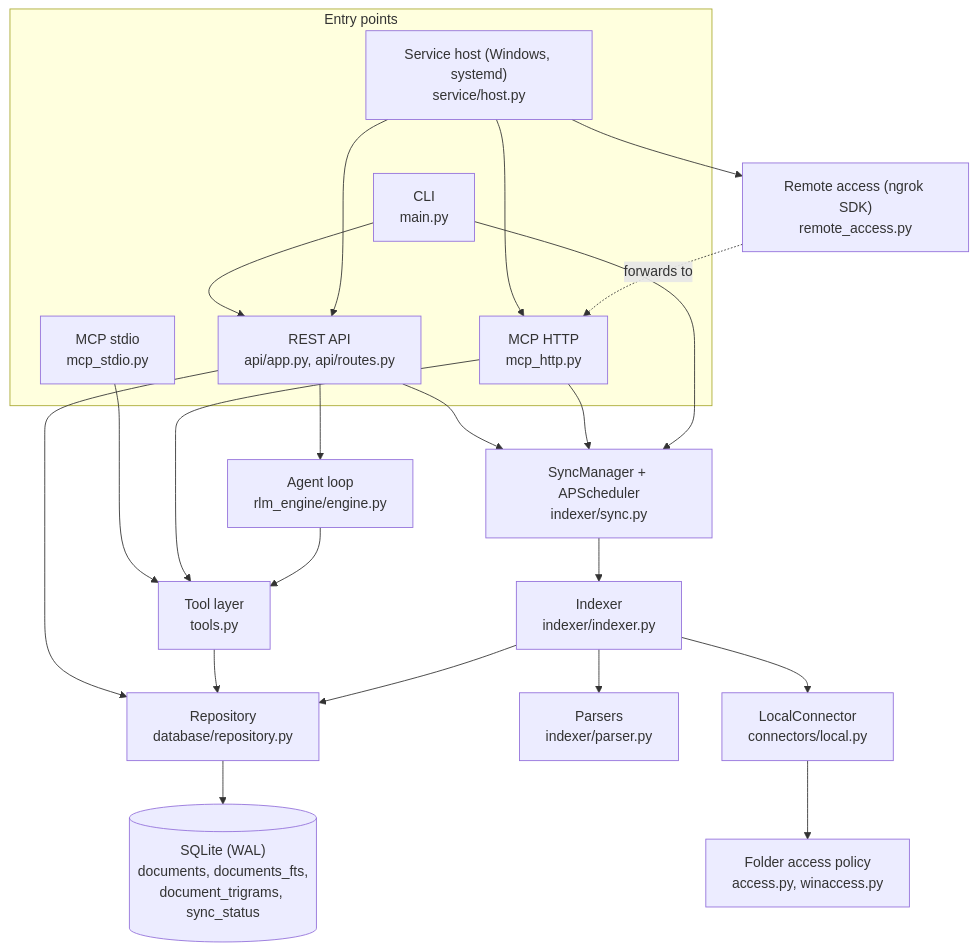
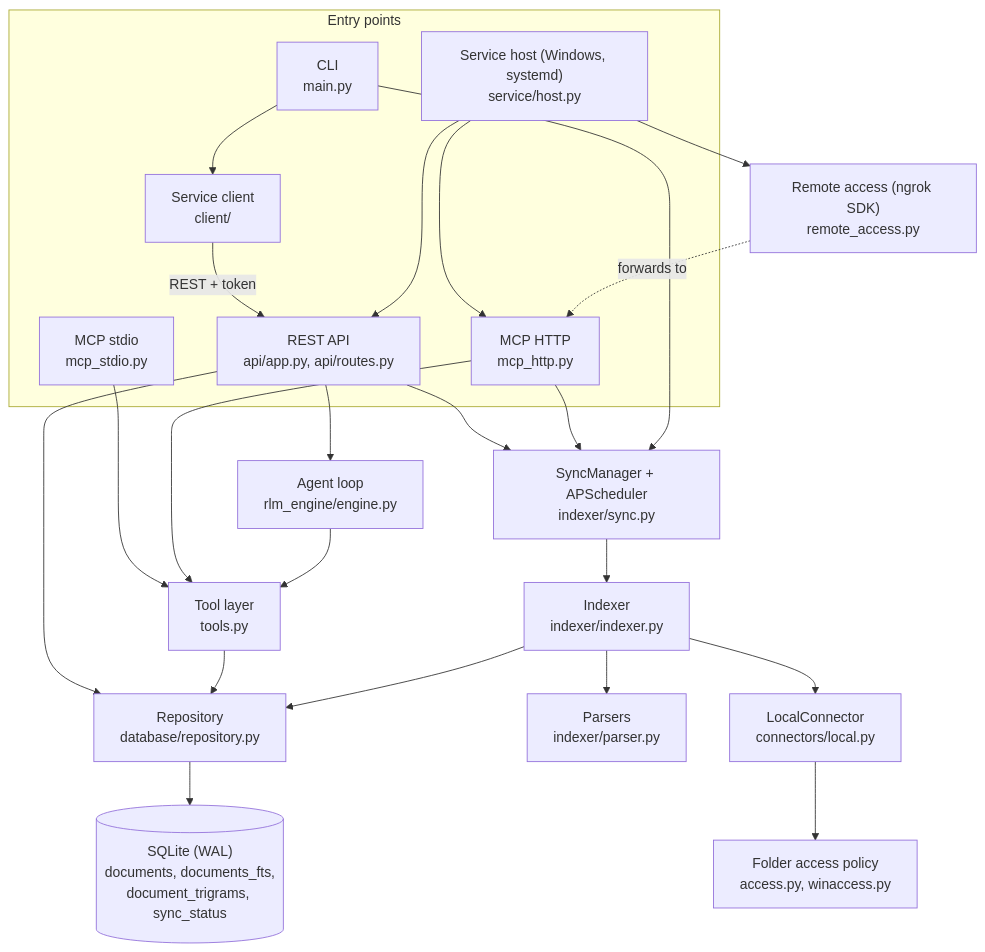
The first of 2 diagrams in ARCHITECTURE.md (cgaeking/rootmind), drawn with Mermaid before and after one commit. The commit also changed other lines of this file and 15 other files, not shown here.

````diff
--- a/ARCHITECTURE.md
+++ b/ARCHITECTURE.md
@@ -30,41 +30,43 @@
 ```mermaid
 flowchart TB
     subgraph surfaces["Entry points"]
         rest["REST API<br/>api/app.py, api/routes.py"]
         stdio["MCP stdio<br/>mcp_stdio.py"]
         http["MCP HTTP<br/>mcp_http.py"]
         cli["CLI<br/>main.py"]
+        client["Service client<br/>client/"]
         host["Service host (Windows, systemd)<br/>service/host.py"]
     end
     engine["Agent loop<br/>rlm_engine/engine.py"]
     tools["Tool layer<br/>tools.py"]
     repo["Repository<br/>database/repository.py"]
     db[("SQLite (WAL)<br/>documents, documents_fts,<br/>document_trigrams, sync_status")]
     sync["SyncManager + APScheduler<br/>indexer/sync.py"]
     indexer["Indexer<br/>indexer/indexer.py"]
     parsers["Parsers<br/>indexer/parser.py"]
     conn["LocalConnector<br/>connectors/local.py"]
     policy["Folder access policy<br/>access.py, winaccess.py"]
     remote["Remote access (ngrok SDK)<br/>remote_access.py"]
 
-    cli --> rest
+    cli --> client
+    client -->|"REST + token"| rest
     host --> rest
     host --> http
     host --> remote
     remote -.->|"forwards to"| http
     rest --> engine
     rest --> repo
     rest --> sync
     stdio --> tools
     http --> tools
     http --> sync
     cli --> sync
     engine --> tools
     tools --> repo
     repo --> db
     sync --> indexer
     indexer --> conn
     conn --> policy
     indexer --> parsers
     indexer --> repo
 ```
````
